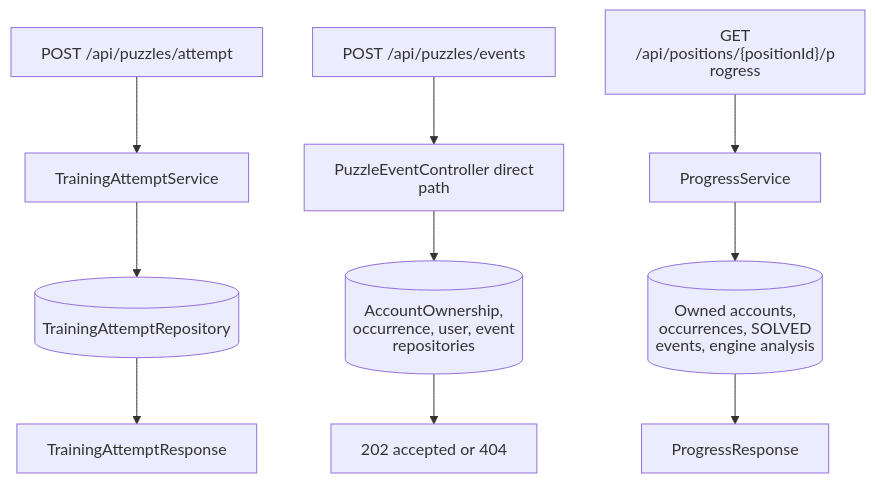
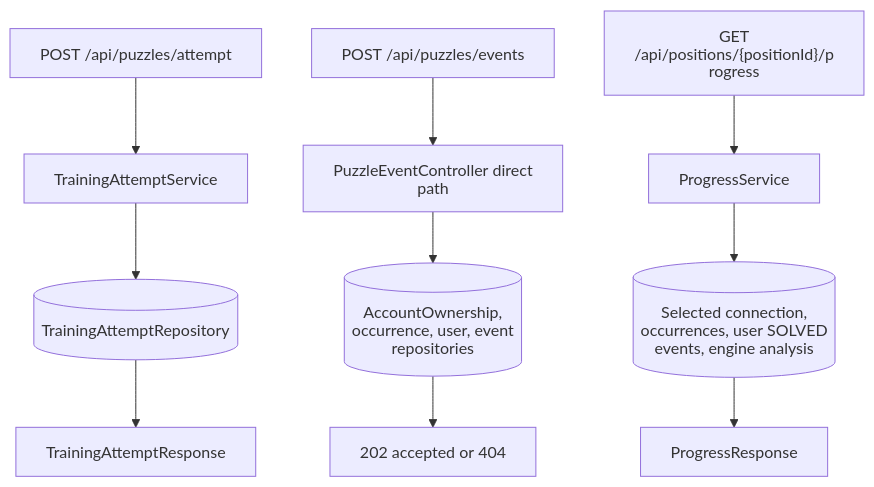
The sixth of 10 diagrams in docs/architecture/backend-architecture.md (NathanZK/ChessEcho), drawn with Mermaid before and after one commit. The commit also changed other lines of this file and 57 other files, not shown here.

````diff
--- a/docs/architecture/backend-architecture.md
+++ b/docs/architecture/backend-architecture.md
@@ -222,13 +225,13 @@
 ```mermaid
 %%{init: {"htmlLabels": false, "flowchart": {"htmlLabels": false, "diagramPadding": 120}}}%%
 flowchart TB
     AttemptRoute[POST /api/puzzles/attempt] --> AttemptService[TrainingAttemptService]
     AttemptService --> AttemptRepo[(TrainingAttemptRepository)]
     AttemptRepo --> AttemptResponse[TrainingAttemptResponse]
     EventRoute[POST /api/puzzles/events] --> EventController[PuzzleEventController direct path]
     EventController --> EventRepos[(AccountOwnership, occurrence, user, event repositories)]
     EventRepos --> EventResponse[202 accepted or 404]
     ProgressRoute["GET /api/positions/{positionId}/progress"] --> Progress[ProgressService]
-    Progress --> ProgressRepos[(Owned accounts, occurrences, SOLVED events, engine analysis)]
+    Progress --> ProgressRepos[(Selected connection, occurrences, user SOLVED events, engine analysis)]
     ProgressRepos --> ProgressResponse[ProgressResponse]
 ```
````
